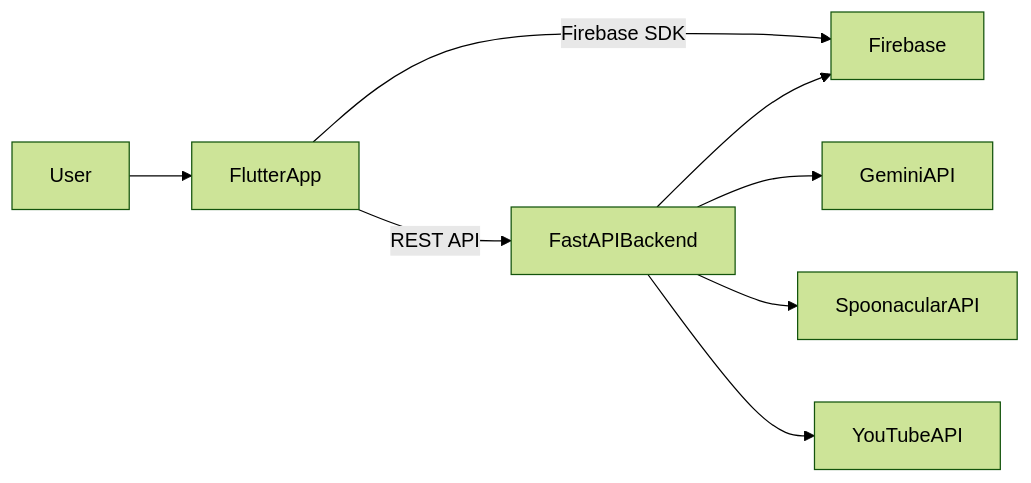
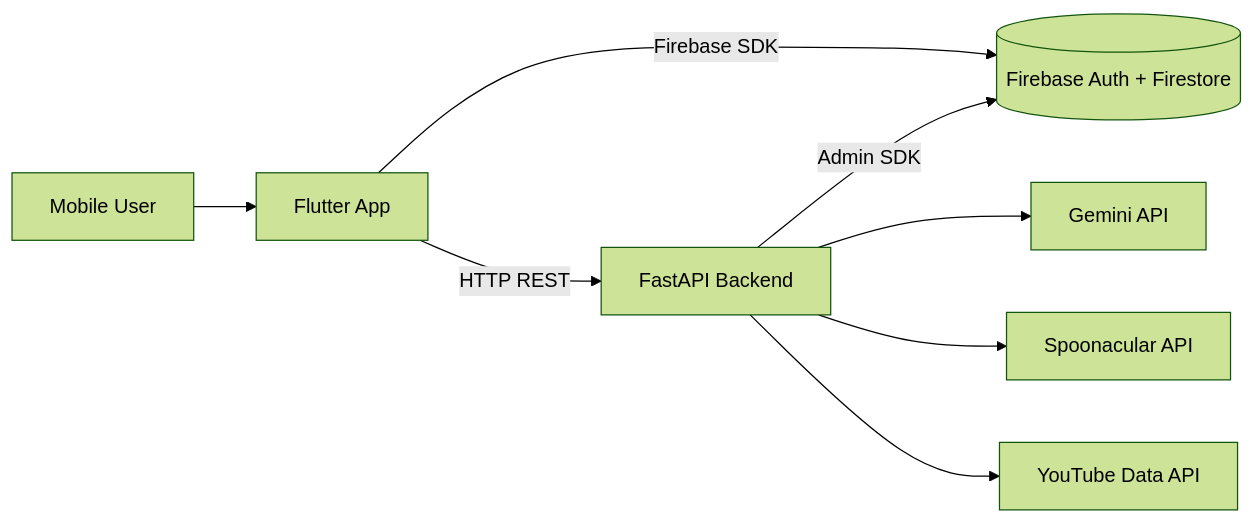
The diagram in README.md (Adityaaaaaaaaaaaaaaa/MCH), drawn with Mermaid (forest theme) before and after one commit. The commit also changed other lines of this file, not shown here.

````diff
--- a/README.md
+++ b/README.md
@@ -48,10 +57,10 @@
 ```mermaid
 flowchart LR
-  User --> FlutterApp
-  FlutterApp -->|REST API| FastAPIBackend
-  FlutterApp -->|Firebase SDK| Firebase
-  FastAPIBackend --> Firebase
-  FastAPIBackend --> GeminiAPI
-  FastAPIBackend --> SpoonacularAPI
-  FastAPIBackend --> YouTubeAPI
+  U[Mobile User] --> F[Flutter App]
+  F -->|HTTP REST| B[FastAPI Backend]
+  F -->|Firebase SDK| FB[(Firebase Auth + Firestore)]
+  B -->|Admin SDK| FB
+  B --> G[Gemini API]
+  B --> S[Spoonacular API]
+  B --> Y[YouTube Data API]
 ```
````
